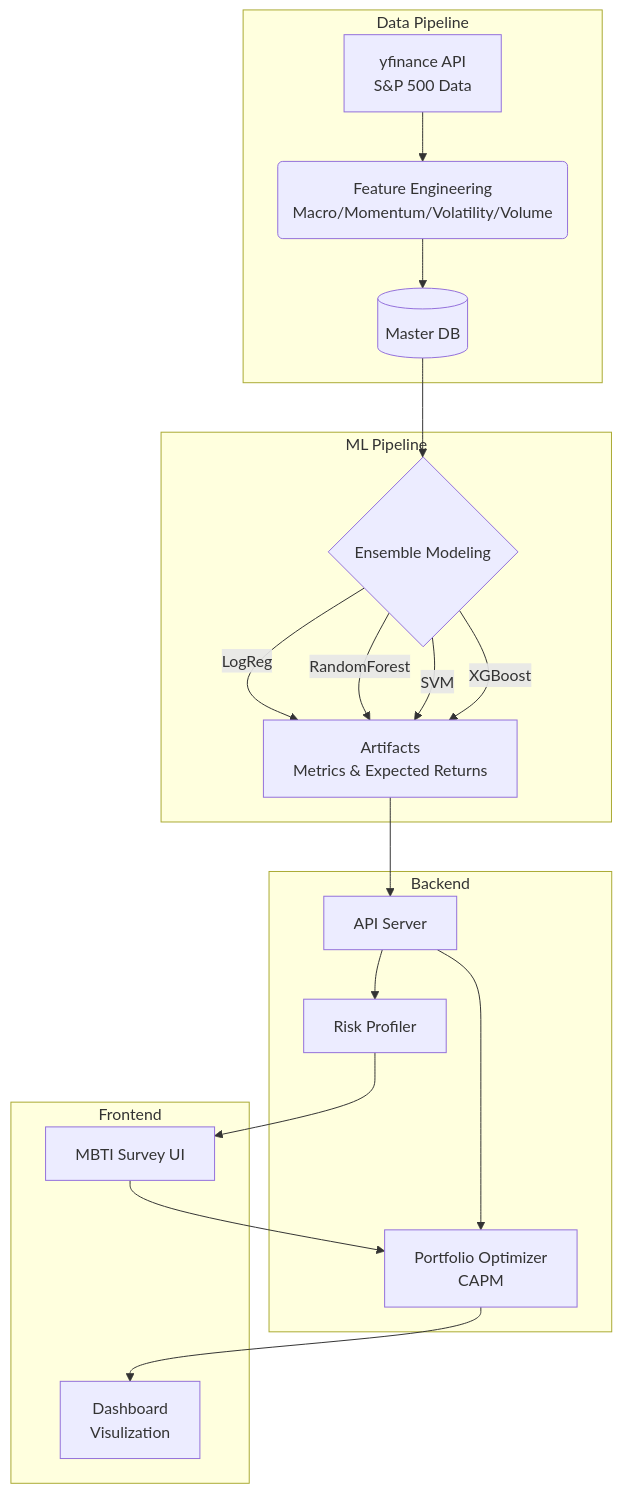
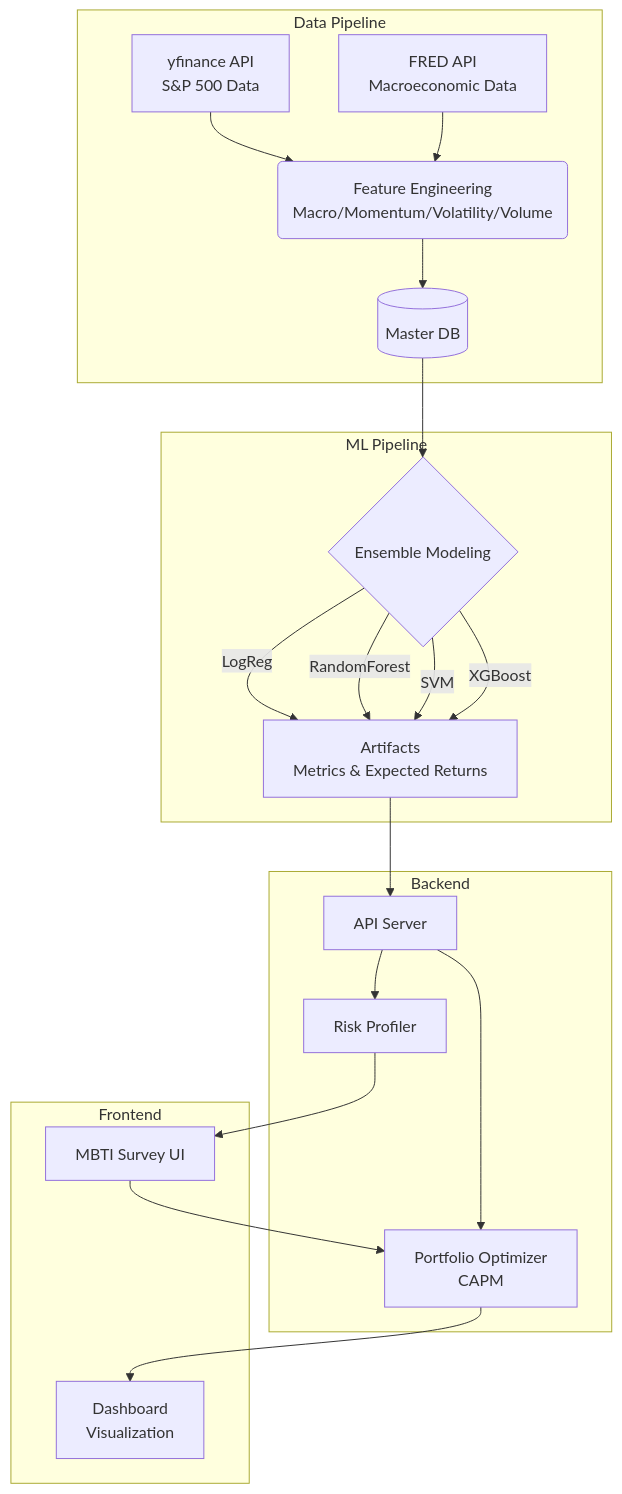
The diagram in README.md (Red-Blues-Mid-Projects-OAA/Red-Blue-Mid-Project_OAA), drawn with Mermaid before and after one commit. The commit also changed other lines of this file, not shown here.

````diff
--- a/README.md
+++ b/README.md
@@ -66,28 +66,29 @@
 ```mermaid
 flowchart TD
     subgraph Data Pipeline
-        A[yfinance API<br>S&P 500 Data] --> B(Feature Engineering<br>Macro/Momentum/Volatility/Volume)
+        A1[yfinance API<br>S&P 500 Data] --> B(Feature Engineering<br>Macro/Momentum/Volatility/Volume)
+        A2[FRED API<br>Macroeconomic Data] --> B
         B --> C[(Master DB)]
     end
     
     subgraph ML Pipeline
         C --> D{Ensemble Modeling}
         D -->|LogReg| E
         D -->|RandomForest| E
         D -->|SVM| E
         D -->|XGBoost| E
         E[Artifacts<br>Metrics & Expected Returns]
     end
     
     subgraph Backend
         E --> F[API Server]
         F --> G[Portfolio Optimizer<br>CAPM]
         F --> H[Risk Profiler]
     end
     
     subgraph Frontend
         H --> I[MBTI Survey UI]
         I --> G
-        G --> J[Dashboard<br>Visulization]
+        G --> J[Dashboard<br>Visualization]
     end
 ```
````
